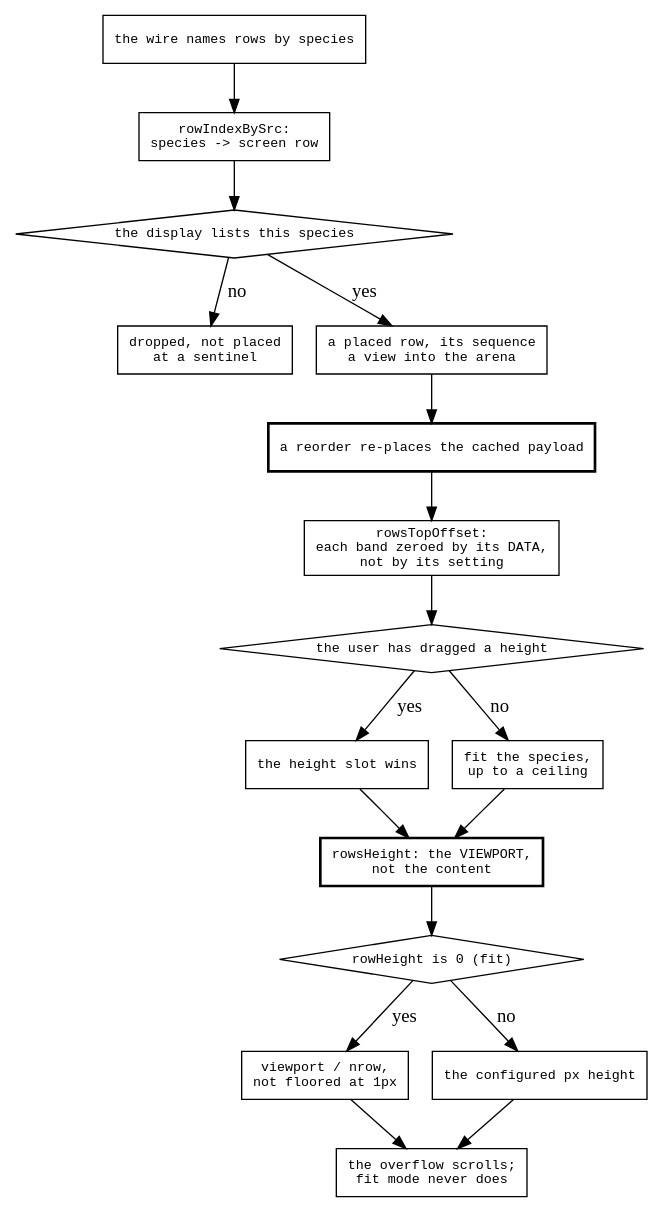
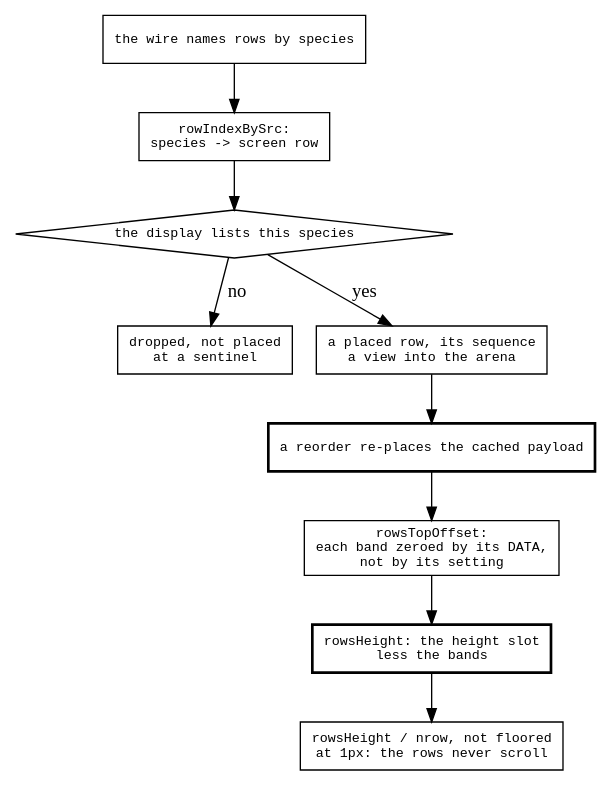
Before and after one commit to GMOD/jbrowse-components: the diagram in agent-docs/reference/diagrams/maf-layout.dot, drawn with Graphviz. The commit also changed 23 other files, not shown here.

First line of the commit message:
MAF rows always fit the track; the pinned row height is retired

```diff
--- a/agent-docs/reference/diagrams/maf-layout.dot
+++ b/agent-docs/reference/diagrams/maf-layout.dot
@@ -1,41 +1,27 @@
 digraph maf_layout {
   rankdir=TB
   node [shape=box fontname=monospace fontsize=10]
-  { node [shape=diamond] drawn; dragged; fits }
+  { node [shape=diamond] drawn }
 
   wire [label="the wire names rows by species"]
   place [label="rowIndexBySrc:\nspecies -> screen row"]
   wire -> place
   drawn [label="the display lists this species"]
   place -> drawn
   drawn -> dropped [label=" no"]
   drawn -> row     [label=" yes"]
   dropped [label="dropped, not placed\nat a sentinel"]
   row [label="a placed row, its sequence\na view into the arena"]
 
   reorder [label="a reorder re-places the cached payload", style=bold]
   row -> reorder
 
   bands [label="rowsTopOffset:\neach band zeroed by its DATA,\nnot by its setting"]
   reorder -> bands
 
-  dragged [label="the user has dragged a height"]
-  bands -> dragged
-  dragged -> fixedH [label=" yes"]
-  dragged -> autoH  [label=" no"]
-  fixedH [label="the height slot wins"]
-  autoH [label="fit the species,\nup to a ceiling"]
+  viewport [label="rowsHeight: the height slot\nless the bands", style=bold]
+  bands -> viewport
 
-  viewport [label="rowsHeight: the VIEWPORT,\nnot the content", style=bold]
-  fixedH -> viewport  autoH -> viewport
-
-  fits [label="rowHeight is 0 (fit)"]
-  viewport -> fits
-  fits -> split [label=" yes"]
-  fits -> stack [label=" no"]
-  split [label="viewport / nrow,\nnot floored at 1px"]
-  stack [label="the configured px height"]
-
-  scroll [label="the overflow scrolls;\nfit mode never does"]
-  split -> scroll  stack -> scroll
+  split [label="rowsHeight / nrow, not floored\nat 1px: the rows never scroll"]
+  viewport -> split
 }
```
